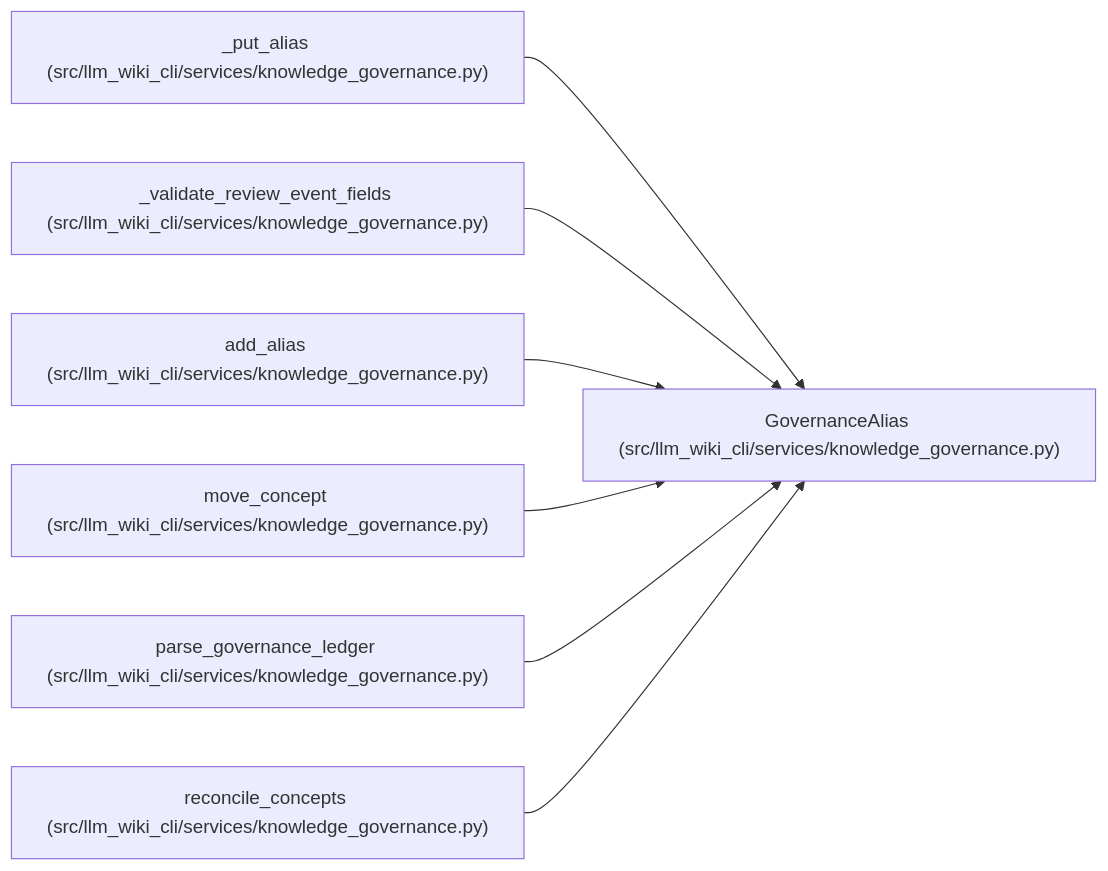
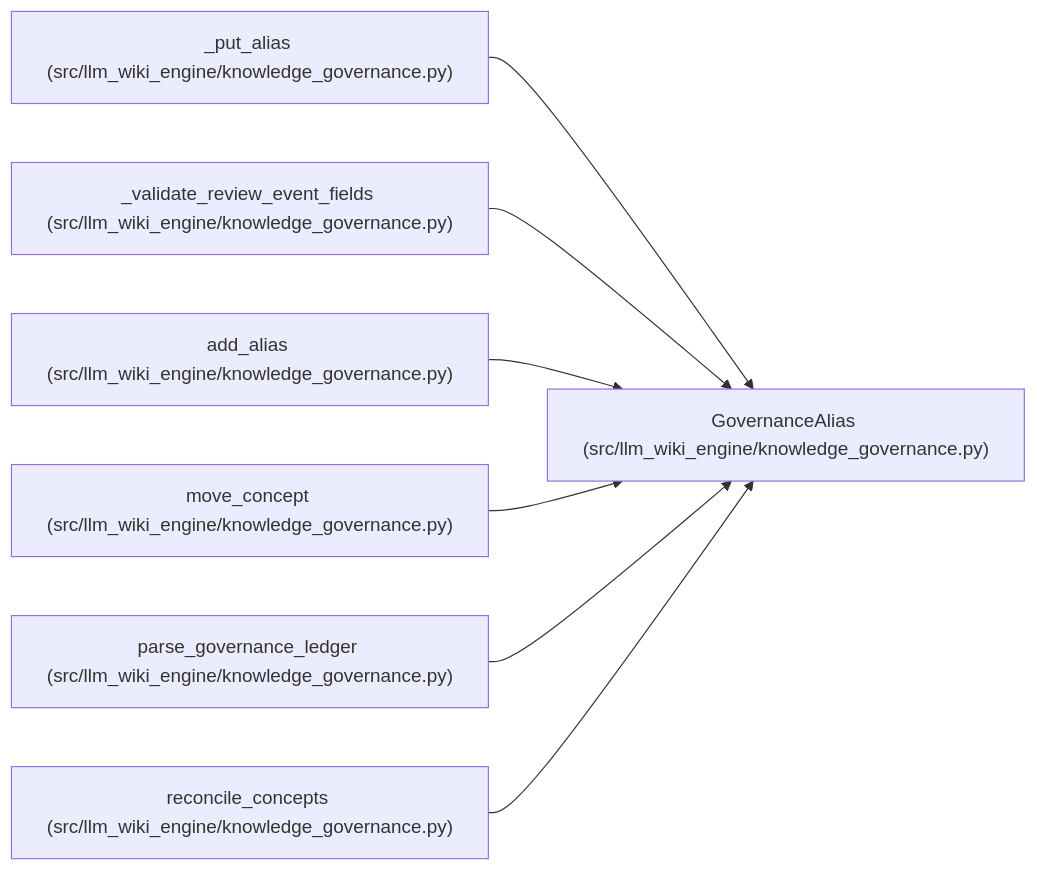
One commit to Denissvgn/python-wiki-llm changed the diagram in docs/llm_wiki/entities/GovernanceAlias.md. Above: the diagram before and after it, drawn with Mermaid. The commit also changed other lines of this file and 1058 other files, not shown here.

First line of the commit message:
docs: refresh the wiki for the knowledge store move

````diff
--- a/docs/llm_wiki/entities/GovernanceAlias.md
+++ b/docs/llm_wiki/entities/GovernanceAlias.md
@@ -32,23 +32,23 @@
 ```mermaid
 flowchart LR
-    n0["GovernanceAlias (src/llm_wiki_cli/services/knowledge_governance.py)"]
-    n1["_put_alias (src/llm_wiki_cli/services/knowledge_governance.py)"]
-    n2["_validate_review_event_fields (src/llm_wiki_cli/services/knowledge_governance.py)"]
-    n3["add_alias (src/llm_wiki_cli/services/knowledge_governance.py)"]
-    n4["move_concept (src/llm_wiki_cli/services/knowledge_governance.py)"]
-    n5["parse_governance_ledger (src/llm_wiki_cli/services/knowledge_governance.py)"]
-    n6["reconcile_concepts (src/llm_wiki_cli/services/knowledge_governance.py)"]
+    n0["GovernanceAlias (src/llm_wiki_engine/knowledge_governance.py)"]
+    n1["_put_alias (src/llm_wiki_engine/knowledge_governance.py)"]
+    n2["_validate_review_event_fields (src/llm_wiki_engine/knowledge_governance.py)"]
+    n3["add_alias (src/llm_wiki_engine/knowledge_governance.py)"]
+    n4["move_concept (src/llm_wiki_engine/knowledge_governance.py)"]
+    n5["parse_governance_ledger (src/llm_wiki_engine/knowledge_governance.py)"]
+    n6["reconcile_concepts (src/llm_wiki_engine/knowledge_governance.py)"]
     n1 --> n0
     n2 --> n0
     n3 --> n0
     n4 --> n0
     n5 --> n0
     n6 --> n0
     click n0 "../modules/knowledge_governance.md"
     click n1 "../modules/knowledge_governance.md"
     click n2 "../modules/knowledge_governance.md"
     click n3 "../modules/knowledge_governance.md"
     click n4 "../modules/knowledge_governance.md"
     click n5 "../modules/knowledge_governance.md"
     click n6 "../modules/knowledge_governance.md"
 ```
````
